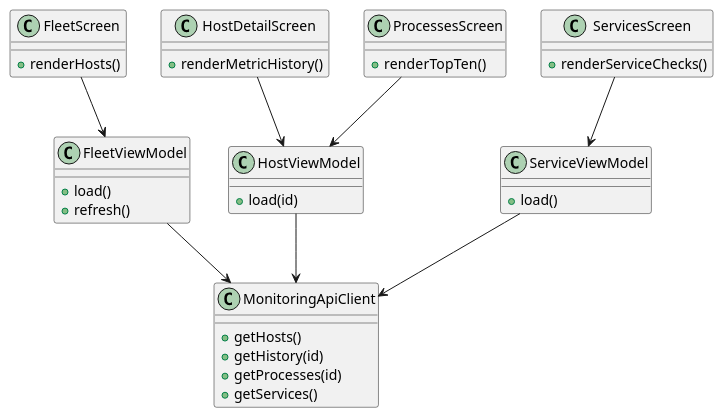
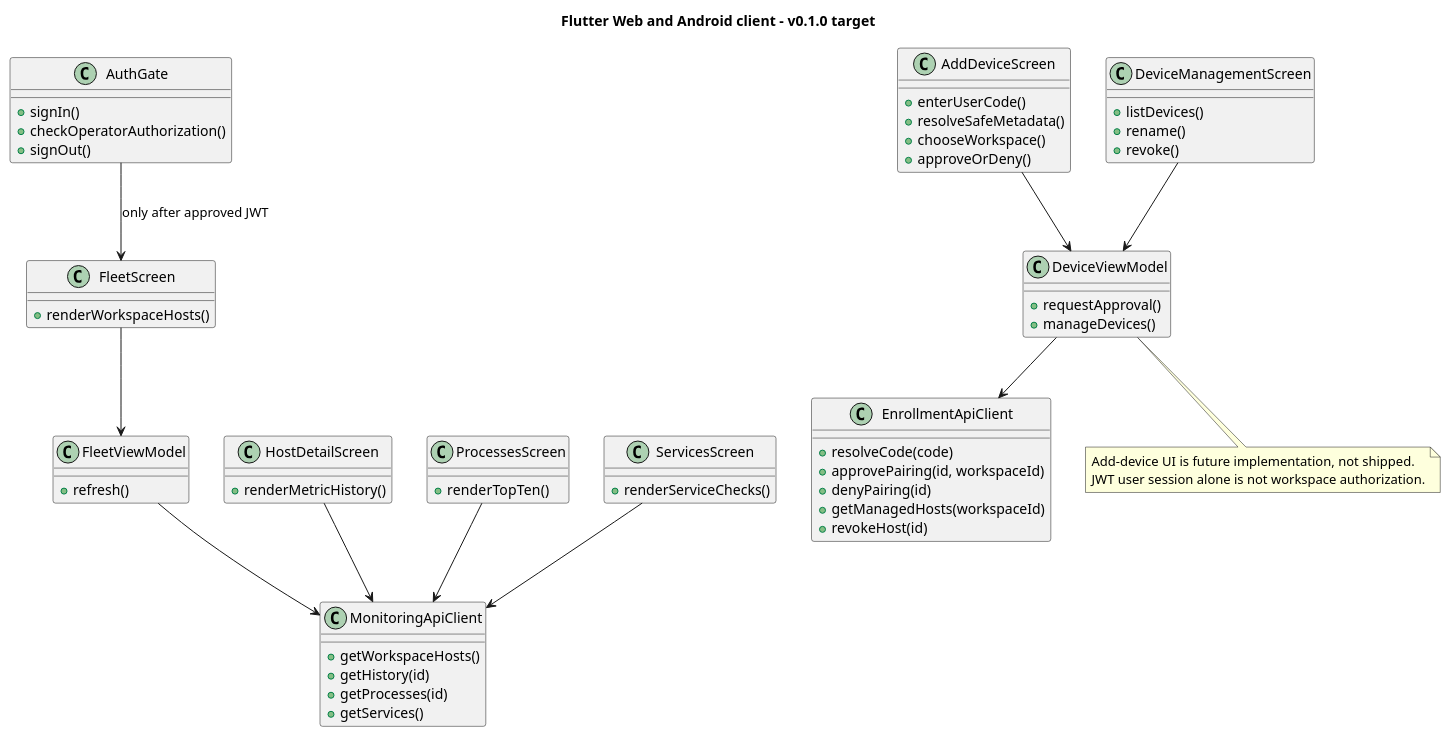
Before and after one commit to Adam-BArbia/fleetluma: the diagram in docs/uml/plantuml/06_class_mobile.puml, drawn with PlantUML.

Commit message:
docs(FL-31): synchronize 06_class_mobile.puml with cloud pairing model

```diff
--- a/docs/uml/plantuml/06_class_mobile.puml
+++ b/docs/uml/plantuml/06_class_mobile.puml
@@ -1,37 +1,64 @@
 @startuml 06_class_mobile
+title Flutter Web and Android client - v0.1.0 target
+class AuthGate {
+ +signIn()
+ +checkOperatorAuthorization()
+ +signOut()
+}
 class FleetScreen {
-  +renderHosts()
+ +renderWorkspaceHosts()
 }
 class HostDetailScreen {
-  +renderMetricHistory()
+ +renderMetricHistory()
 }
 class ProcessesScreen {
-  +renderTopTen()
+ +renderTopTen()
 }
 class ServicesScreen {
-  +renderServiceChecks()
+ +renderServiceChecks()
+}
+class AddDeviceScreen {
+ +enterUserCode()
+ +resolveSafeMetadata()
+ +chooseWorkspace()
+ +approveOrDeny()
+}
+class DeviceManagementScreen {
+ +listDevices()
+ +rename()
+ +revoke()
 }
 class MonitoringApiClient {
-  +getHosts()
-  +getHistory(id)
-  +getProcesses(id)
-  +getServices()
+ +getWorkspaceHosts()
+ +getHistory(id)
+ +getProcesses(id)
+ +getServices()
+}
+class EnrollmentApiClient {
+ +resolveCode(code)
+ +approvePairing(id, workspaceId)
+ +denyPairing(id)
+ +getManagedHosts(workspaceId)
+ +revokeHost(id)
 }
 class FleetViewModel {
-  +load()
-  +refresh()
+ +refresh()
 }
-class HostViewModel {
-  +load(id)
+class DeviceViewModel {
+ +requestApproval()
+ +manageDevices()
 }
-class ServiceViewModel {
-  +load()
-}
+AuthGate --> FleetScreen : only after approved JWT
 FleetScreen --> FleetViewModel
-HostDetailScreen --> HostViewModel
-ProcessesScreen --> HostViewModel
-ServicesScreen --> ServiceViewModel
+HostDetailScreen --> MonitoringApiClient
+ProcessesScreen --> MonitoringApiClient
+ServicesScreen --> MonitoringApiClient
+AddDeviceScreen --> DeviceViewModel
+DeviceManagementScreen --> DeviceViewModel
+DeviceViewModel --> EnrollmentApiClient
 FleetViewModel --> MonitoringApiClient
-HostViewModel --> MonitoringApiClient
-ServiceViewModel --> MonitoringApiClient
+note bottom
+ Add-device UI is future implementation, not shipped.
+ JWT user session alone is not workspace authorization.
+end note
 @enduml
```
